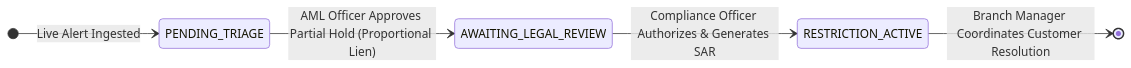
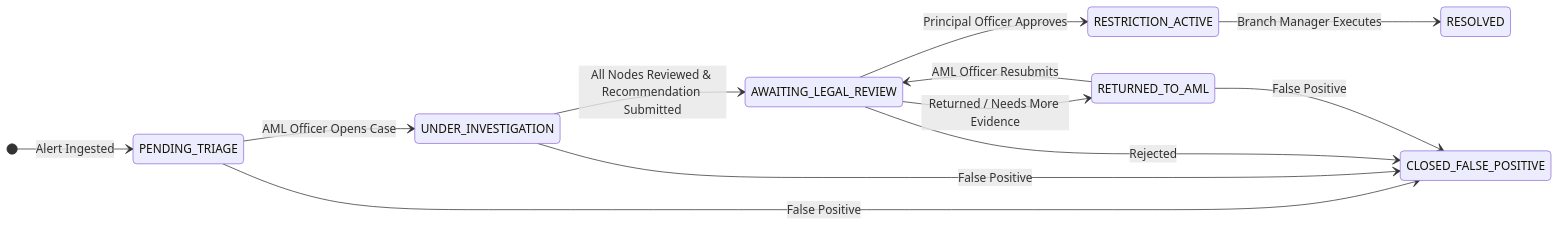
One commit to bhargava562/muskets-containment-radar changed the fourth of 4 diagrams in README.md. Above: the diagram before and after it, drawn with Mermaid. The commit also changed other lines of this file and 18 other files, not shown here.

````diff
--- a/README.md
+++ b/README.md
@@ -170,8 +237,16 @@
 ```mermaid
 stateDiagram-v2
     direction LR
-    [*] --> PENDING_TRIAGE : Live Alert Ingested
-    PENDING_TRIAGE --> AWAITING_LEGAL_REVIEW : AML Officer Approves Partial Hold (Proportional Lien)
-    AWAITING_LEGAL_REVIEW --> RESTRICTION_ACTIVE : Compliance Officer Authorizes & Generates SAR
-    RESTRICTION_ACTIVE --> [*] : Branch Manager Coordinates Customer Resolution
+    [*] --> PENDING_TRIAGE : Alert Ingested
+    PENDING_TRIAGE --> UNDER_INVESTIGATION : AML Officer Opens Case
+    UNDER_INVESTIGATION --> AWAITING_LEGAL_REVIEW : All Nodes Reviewed & Recommendation Submitted
+    AWAITING_LEGAL_REVIEW --> RESTRICTION_ACTIVE : Principal Officer Approves
+    AWAITING_LEGAL_REVIEW --> RETURNED_TO_AML : Returned / Needs More Evidence
+    RETURNED_TO_AML --> AWAITING_LEGAL_REVIEW : AML Officer Resubmits
+    RESTRICTION_ACTIVE --> RESOLVED : Branch Manager Executes
+    
+    PENDING_TRIAGE --> CLOSED_FALSE_POSITIVE : False Positive
+    UNDER_INVESTIGATION --> CLOSED_FALSE_POSITIVE : False Positive
+    AWAITING_LEGAL_REVIEW --> CLOSED_FALSE_POSITIVE : Rejected
+    RETURNED_TO_AML --> CLOSED_FALSE_POSITIVE : False Positive
 ```
````
